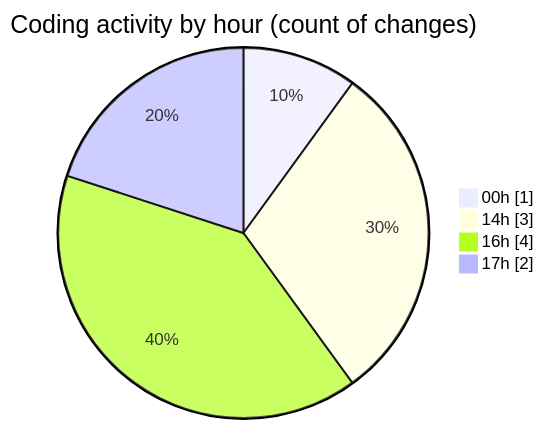
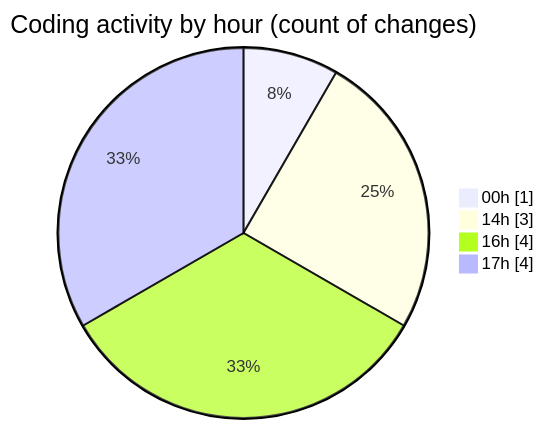
One commit to JenPaints/code-tracking changed the second of 2 diagrams in 2025-06-26/archive/README.md. Above: the diagram before and after it, drawn with Mermaid. The commit also changed other lines of this file and 1 other file, not shown here.

````diff
--- a/2025-06-26/archive/README.md
+++ b/2025-06-26/archive/README.md
@@ -32,8 +32,8 @@
 ```mermaid
 pie showData
 title Coding activity by hour (count of changes)
 "00h" : 1
 "14h" : 3
 "16h" : 4
-"17h" : 2
+"17h" : 4
 ```
````
